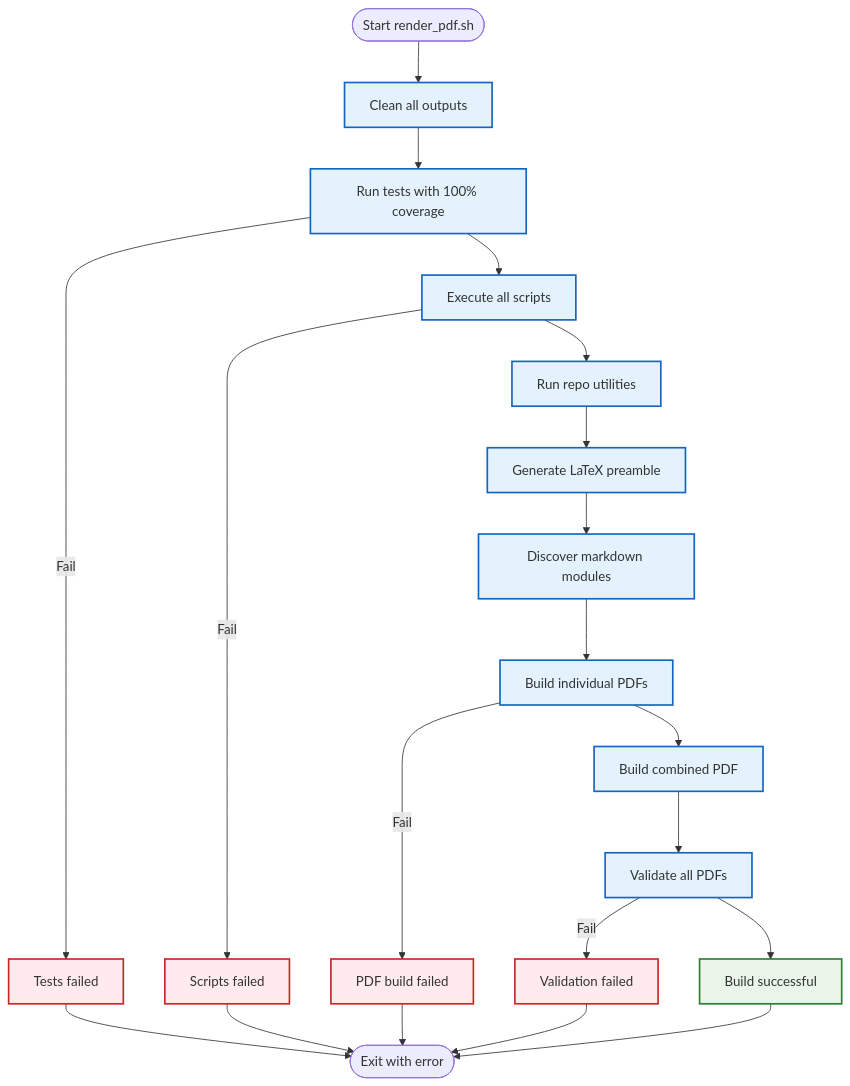
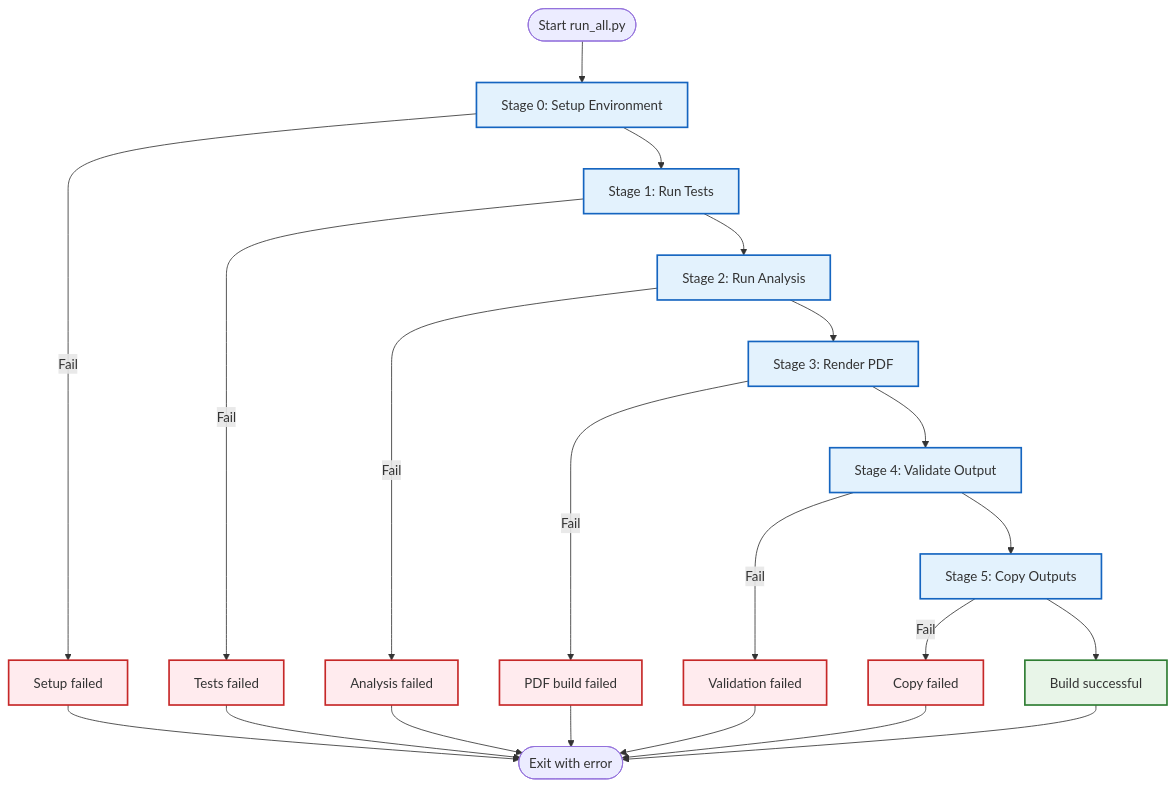
Before and after one commit to docxology/template: the third of 4 diagrams in docs/ARCHITECTURE.md, drawn with Mermaid. The commit also changed other lines of this file and 176 other files, not shown here.

````diff
--- a/docs/ARCHITECTURE.md
+++ b/docs/ARCHITECTURE.md
@@ -167,33 +167,34 @@
 ```mermaid
 flowchart TD
-    START([Start render_pdf.sh]) --> CLEAN[Clean all outputs]
-    CLEAN --> TESTS[Run tests with 100% coverage]
-    TESTS --> SCRIPTS[Execute all scripts]
-    SCRIPTS --> UTILS[Run repo utilities]
-    UTILS --> PREAMBLE[Generate LaTeX preamble]
-    PREAMBLE --> DISCOVER[Discover markdown modules]
-    DISCOVER --> BUILD_INDIV[Build individual PDFs]
-    BUILD_INDIV --> BUILD_COMB[Build combined PDF]
-    BUILD_COMB --> VALIDATE[Validate all PDFs]
-    VALIDATE --> SUCCESS[Build successful]
+    START([Start run_all.py]) --> STAGE0[Stage 0: Setup Environment]
+    STAGE0 --> STAGE1[Stage 1: Run Tests]
+    STAGE1 --> STAGE2[Stage 2: Run Analysis]
+    STAGE2 --> STAGE3[Stage 3: Render PDF]
+    STAGE3 --> STAGE4[Stage 4: Validate Output]
+    STAGE4 --> STAGE5[Stage 5: Copy Outputs]
+    STAGE5 --> SUCCESS[Build successful]
     
-    TESTS -->|Fail| FAIL1[Tests failed]
-    SCRIPTS -->|Fail| FAIL2[Scripts failed]
-    BUILD_INDIV -->|Fail| FAIL3[PDF build failed]
-    VALIDATE -->|Fail| FAIL4[Validation failed]
+    STAGE0 -->|Fail| FAIL0[Setup failed]
+    STAGE1 -->|Fail| FAIL1[Tests failed]
+    STAGE2 -->|Fail| FAIL2[Analysis failed]
+    STAGE3 -->|Fail| FAIL3[PDF build failed]
+    STAGE4 -->|Fail| FAIL4[Validation failed]
+    STAGE5 -->|Fail| FAIL5[Copy failed]
     
-    FAIL1 --> END([Exit with error])
+    FAIL0 --> END([Exit with error])
+    FAIL1 --> END
     FAIL2 --> END
     FAIL3 --> END
     FAIL4 --> END
+    FAIL5 --> END
     
     SUCCESS --> END
     
     classDef success fill:#e8f5e8,stroke:#2e7d32,stroke-width:2px
     classDef failure fill:#ffebee,stroke:#c62828,stroke-width:2px
     classDef process fill:#e3f2fd,stroke:#1565c0,stroke-width:2px
     
     class SUCCESS success
-    class FAIL1,FAIL2,FAIL3,FAIL4 failure
-    class CLEAN,TESTS,SCRIPTS,UTILS,PREAMBLE,DISCOVER,BUILD_INDIV,BUILD_COMB,VALIDATE process
+    class FAIL0,FAIL1,FAIL2,FAIL3,FAIL4,FAIL5 failure
+    class STAGE0,STAGE1,STAGE2,STAGE3,STAGE4,STAGE5 process
 ```
````
